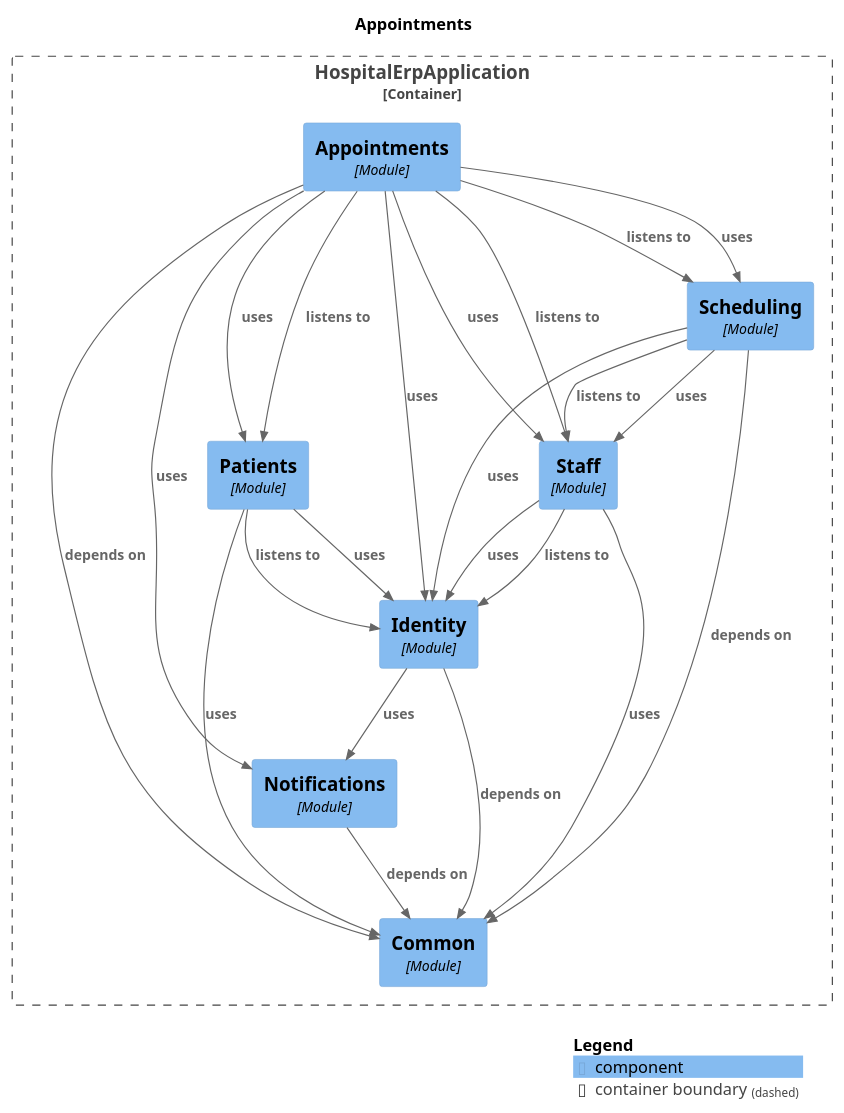
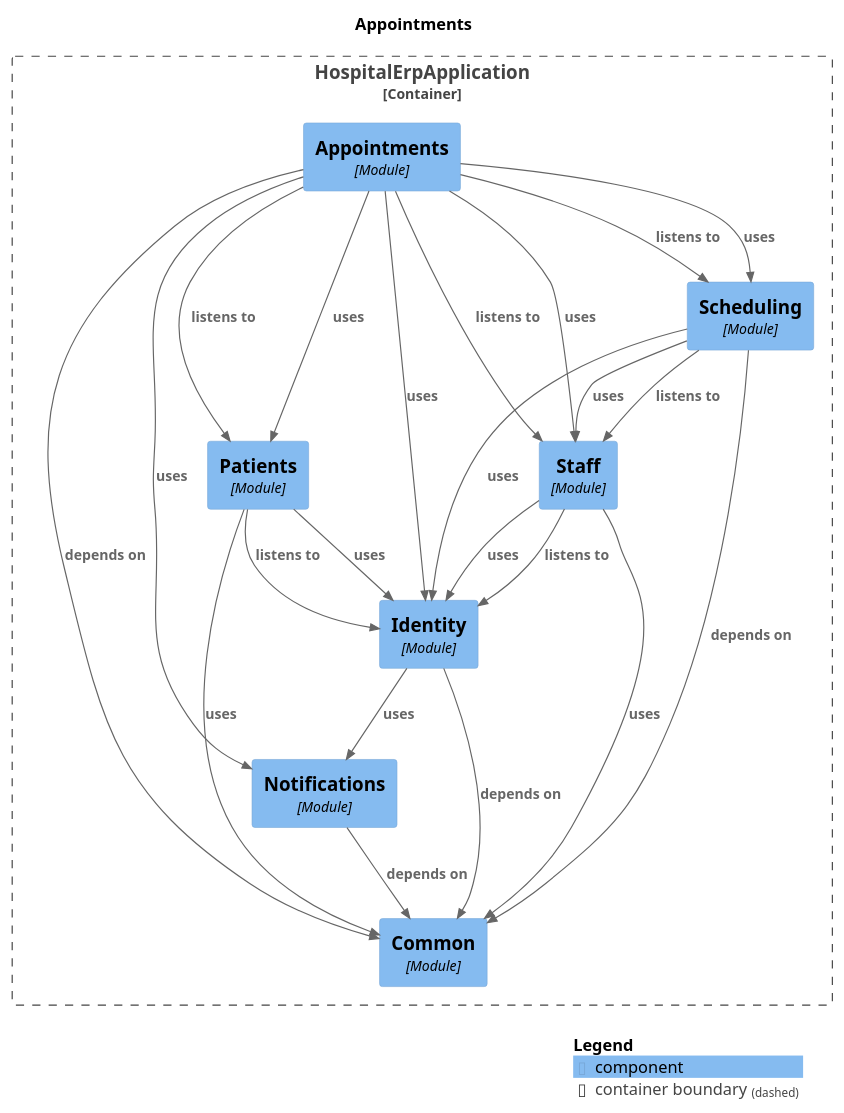
The diagram in docs/modules/module-appointments.puml (harshsharma5720/HospitalERP), drawn with PlantUML before and after one commit. The commit also changed other lines of this file and 29 other files, not shown here.

```diff
--- a/docs/modules/module-appointments.puml
+++ b/docs/modules/module-appointments.puml
@@ -1,45 +1,45 @@
 @startuml
 set separator none
 title Appointments
 
 top to bottom direction
 
 !include <C4/C4>
 !include <C4/C4_Context>
 !include <C4/C4_Component>
 
 Container_Boundary("HospitalErpApplication.HospitalErpApplication_boundary", "HospitalErpApplication", $tags="") {
-  Component(HospitalErpApplication.HospitalErpApplication.Scheduling, "Scheduling", $techn="Module", $descr="", $tags="", $link="")
   Component(HospitalErpApplication.HospitalErpApplication.Appointments, "Appointments", $techn="Module", $descr="", $tags="", $link="")
   Component(HospitalErpApplication.HospitalErpApplication.Common, "Common", $techn="Module", $descr="", $tags="", $link="")
   Component(HospitalErpApplication.HospitalErpApplication.Notifications, "Notifications", $techn="Module", $descr="", $tags="", $link="")
   Component(HospitalErpApplication.HospitalErpApplication.Identity, "Identity", $techn="Module", $descr="", $tags="", $link="")
   Component(HospitalErpApplication.HospitalErpApplication.Staff, "Staff", $techn="Module", $descr="", $tags="", $link="")
   Component(HospitalErpApplication.HospitalErpApplication.Patients, "Patients", $techn="Module", $descr="", $tags="", $link="")
+  Component(HospitalErpApplication.HospitalErpApplication.Scheduling, "Scheduling", $techn="Module", $descr="", $tags="", $link="")
 }
 
-Rel(HospitalErpApplication.HospitalErpApplication.Patients, HospitalErpApplication.HospitalErpApplication.Identity, "listens to", $techn="", $tags="", $link="")
-Rel(HospitalErpApplication.HospitalErpApplication.Patients, HospitalErpApplication.HospitalErpApplication.Identity, "uses", $techn="", $tags="", $link="")
-Rel(HospitalErpApplication.HospitalErpApplication.Patients, HospitalErpApplication.HospitalErpApplication.Common, "uses", $techn="", $tags="", $link="")
+Rel(HospitalErpApplication.HospitalErpApplication.Identity, HospitalErpApplication.HospitalErpApplication.Common, "depends on", $techn="", $tags="", $link="")
+Rel(HospitalErpApplication.HospitalErpApplication.Identity, HospitalErpApplication.HospitalErpApplication.Notifications, "uses", $techn="", $tags="", $link="")
+Rel(HospitalErpApplication.HospitalErpApplication.Scheduling, HospitalErpApplication.HospitalErpApplication.Staff, "listens to", $techn="", $tags="", $link="")
+Rel(HospitalErpApplication.HospitalErpApplication.Scheduling, HospitalErpApplication.HospitalErpApplication.Common, "depends on", $techn="", $tags="", $link="")
+Rel(HospitalErpApplication.HospitalErpApplication.Scheduling, HospitalErpApplication.HospitalErpApplication.Staff, "uses", $techn="", $tags="", $link="")
+Rel(HospitalErpApplication.HospitalErpApplication.Scheduling, HospitalErpApplication.HospitalErpApplication.Identity, "uses", $techn="", $tags="", $link="")
 Rel(HospitalErpApplication.HospitalErpApplication.Appointments, HospitalErpApplication.HospitalErpApplication.Staff, "listens to", $techn="", $tags="", $link="")
 Rel(HospitalErpApplication.HospitalErpApplication.Appointments, HospitalErpApplication.HospitalErpApplication.Patients, "listens to", $techn="", $tags="", $link="")
 Rel(HospitalErpApplication.HospitalErpApplication.Appointments, HospitalErpApplication.HospitalErpApplication.Scheduling, "listens to", $techn="", $tags="", $link="")
 Rel(HospitalErpApplication.HospitalErpApplication.Appointments, HospitalErpApplication.HospitalErpApplication.Common, "depends on", $techn="", $tags="", $link="")
 Rel(HospitalErpApplication.HospitalErpApplication.Appointments, HospitalErpApplication.HospitalErpApplication.Patients, "uses", $techn="", $tags="", $link="")
 Rel(HospitalErpApplication.HospitalErpApplication.Appointments, HospitalErpApplication.HospitalErpApplication.Staff, "uses", $techn="", $tags="", $link="")
 Rel(HospitalErpApplication.HospitalErpApplication.Appointments, HospitalErpApplication.HospitalErpApplication.Scheduling, "uses", $techn="", $tags="", $link="")
 Rel(HospitalErpApplication.HospitalErpApplication.Appointments, HospitalErpApplication.HospitalErpApplication.Identity, "uses", $techn="", $tags="", $link="")
 Rel(HospitalErpApplication.HospitalErpApplication.Appointments, HospitalErpApplication.HospitalErpApplication.Notifications, "uses", $techn="", $tags="", $link="")
-Rel(HospitalErpApplication.HospitalErpApplication.Notifications, HospitalErpApplication.HospitalErpApplication.Common, "depends on", $techn="", $tags="", $link="")
-Rel(HospitalErpApplication.HospitalErpApplication.Identity, HospitalErpApplication.HospitalErpApplication.Common, "depends on", $techn="", $tags="", $link="")
-Rel(HospitalErpApplication.HospitalErpApplication.Identity, HospitalErpApplication.HospitalErpApplication.Notifications, "uses", $techn="", $tags="", $link="")
 Rel(HospitalErpApplication.HospitalErpApplication.Staff, HospitalErpApplication.HospitalErpApplication.Identity, "listens to", $techn="", $tags="", $link="")
 Rel(HospitalErpApplication.HospitalErpApplication.Staff, HospitalErpApplication.HospitalErpApplication.Identity, "uses", $techn="", $tags="", $link="")
 Rel(HospitalErpApplication.HospitalErpApplication.Staff, HospitalErpApplication.HospitalErpApplication.Common, "uses", $techn="", $tags="", $link="")
-Rel(HospitalErpApplication.HospitalErpApplication.Scheduling, HospitalErpApplication.HospitalErpApplication.Staff, "listens to", $techn="", $tags="", $link="")
-Rel(HospitalErpApplication.HospitalErpApplication.Scheduling, HospitalErpApplication.HospitalErpApplication.Common, "depends on", $techn="", $tags="", $link="")
-Rel(HospitalErpApplication.HospitalErpApplication.Scheduling, HospitalErpApplication.HospitalErpApplication.Staff, "uses", $techn="", $tags="", $link="")
-Rel(HospitalErpApplication.HospitalErpApplication.Scheduling, HospitalErpApplication.HospitalErpApplication.Identity, "uses", $techn="", $tags="", $link="")
+Rel(HospitalErpApplication.HospitalErpApplication.Patients, HospitalErpApplication.HospitalErpApplication.Identity, "listens to", $techn="", $tags="", $link="")
+Rel(HospitalErpApplication.HospitalErpApplication.Patients, HospitalErpApplication.HospitalErpApplication.Identity, "uses", $techn="", $tags="", $link="")
+Rel(HospitalErpApplication.HospitalErpApplication.Patients, HospitalErpApplication.HospitalErpApplication.Common, "uses", $techn="", $tags="", $link="")
+Rel(HospitalErpApplication.HospitalErpApplication.Notifications, HospitalErpApplication.HospitalErpApplication.Common, "depends on", $techn="", $tags="", $link="")
 
 SHOW_LEGEND(true)
 @enduml
```
